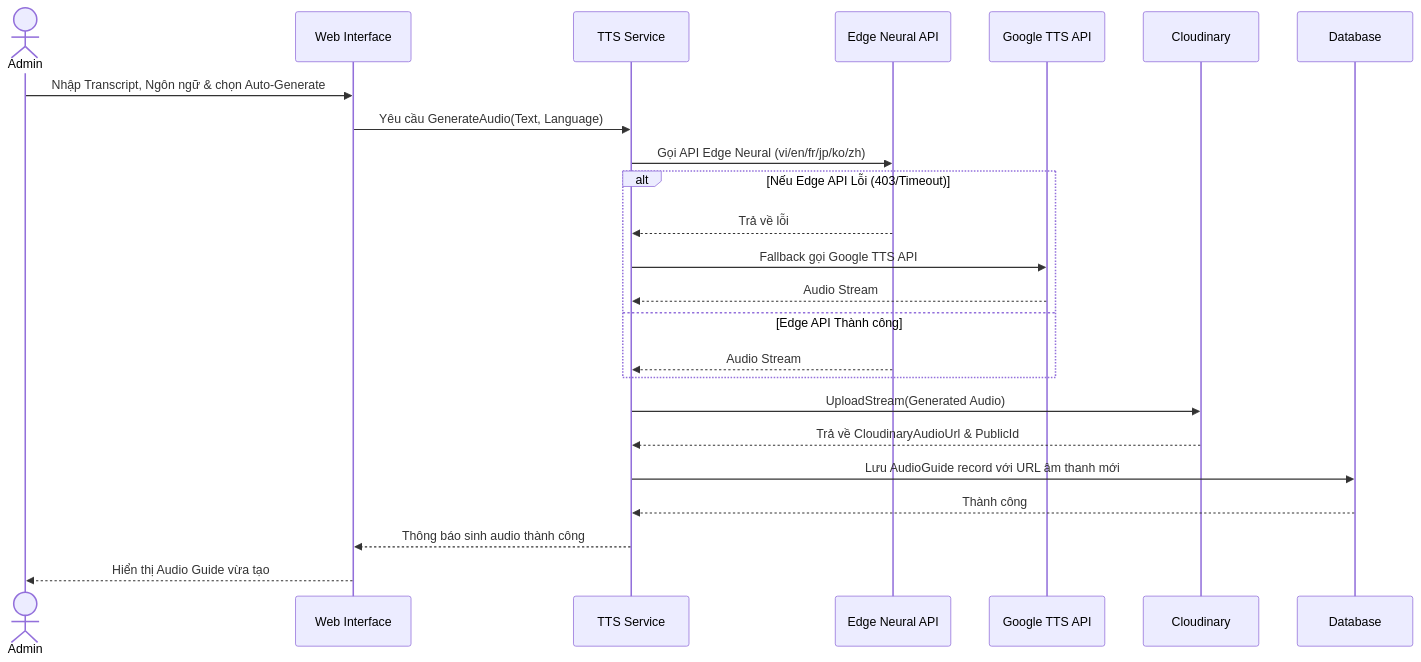
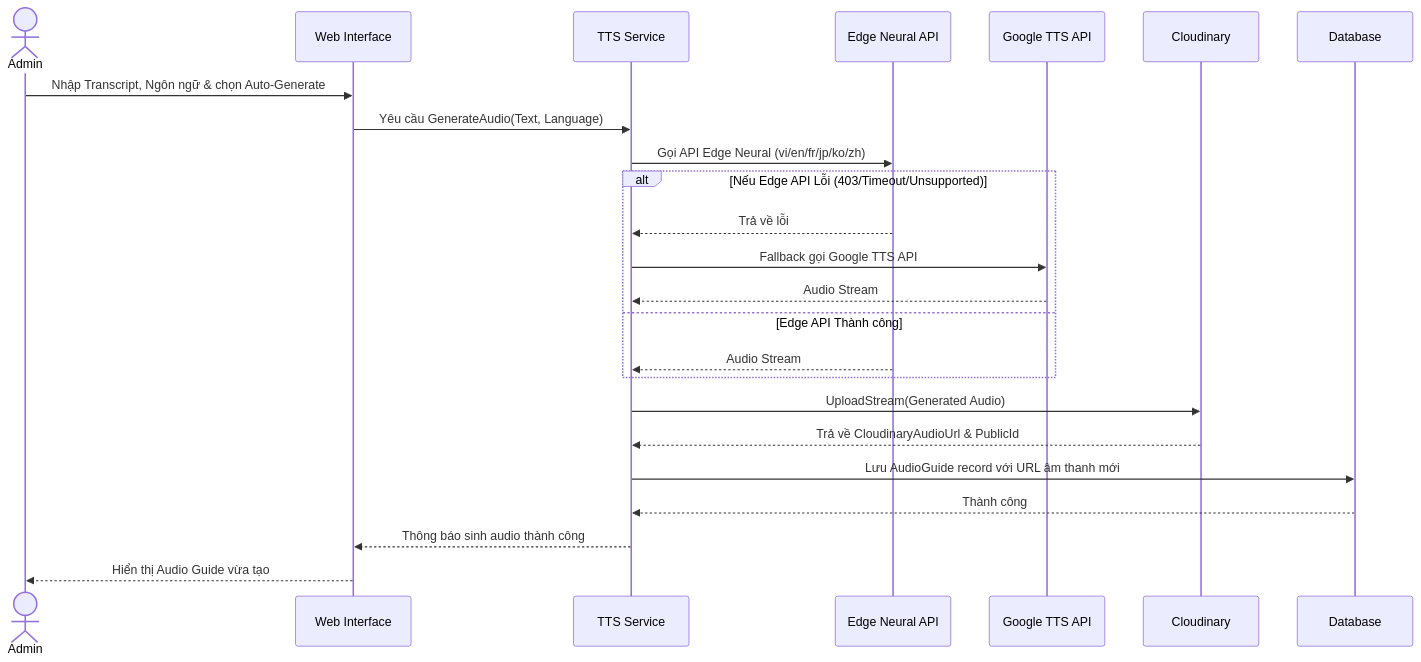
Before and after one commit to CuongNguyen-0712/AudioLife: the eighth of 11 diagrams in system_sequence_diagrams.md, drawn with Mermaid. The commit also changed other lines of this file and 392 other files, not shown here.

````diff
--- a/system_sequence_diagrams.md
+++ b/system_sequence_diagrams.md
@@ -131,27 +178,27 @@
 ```mermaid
 sequenceDiagram
     actor Admin
     participant Web as Web Interface
     participant TTS as TTS Service
     participant Edge as Edge Neural API
     participant Google as Google TTS API
     participant Cloud as Cloudinary
     participant DB as Database
     
     Admin->>Web: Nhập Transcript, Ngôn ngữ & chọn Auto-Generate
     Web->>TTS: Yêu cầu GenerateAudio(Text, Language)
     TTS->>Edge: Gọi API Edge Neural (vi/en/fr/jp/ko/zh)
-    alt Nếu Edge API Lỗi (403/Timeout)
+    alt Nếu Edge API Lỗi (403/Timeout/Unsupported)
         Edge-->>TTS: Trả về lỗi
         TTS->>Google: Fallback gọi Google TTS API
         Google-->>TTS: Audio Stream
     else Edge API Thành công
         Edge-->>TTS: Audio Stream
     end
     TTS->>Cloud: UploadStream(Generated Audio)
     Cloud-->>TTS: Trả về CloudinaryAudioUrl & PublicId
     TTS->>DB: Lưu AudioGuide record với URL âm thanh mới
     DB-->>TTS: Thành công
     TTS-->>Web: Thông báo sinh audio thành công
     Web-->>Admin: Hiển thị Audio Guide vừa tạo
 ```
````
